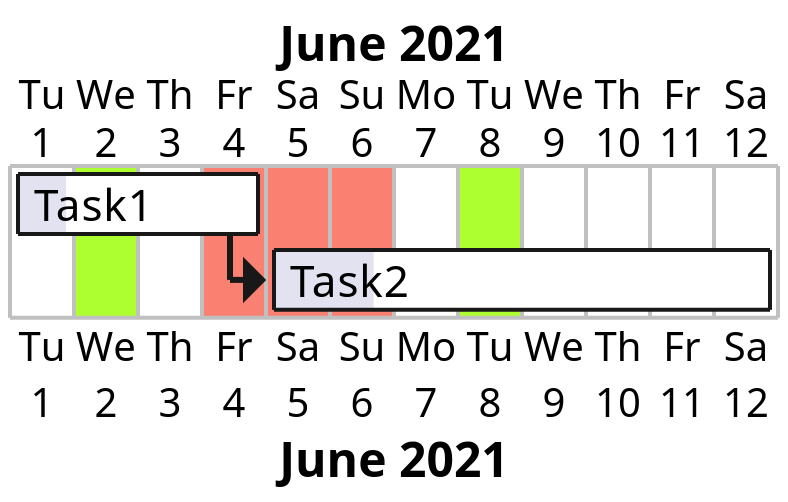
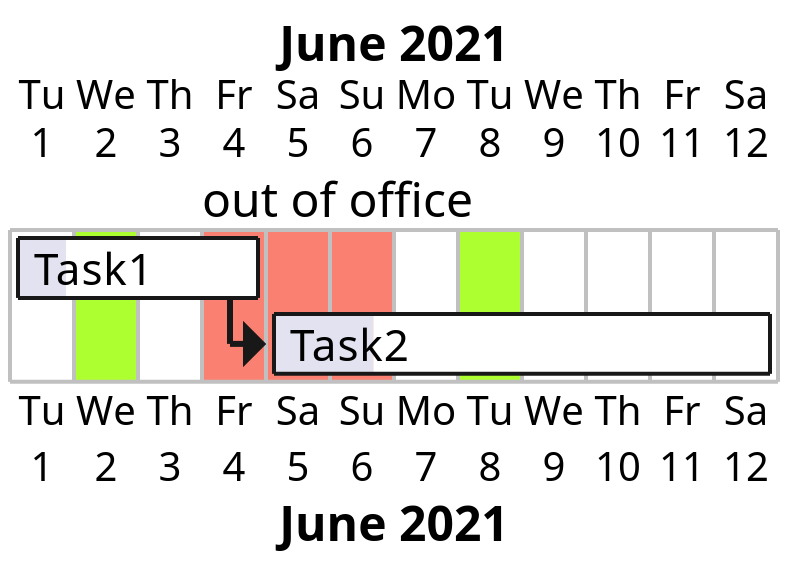
Before and after one commit to redstarssystems/gantt: the diagram in test/data/results/05-colored-named-days.adoc, drawn with PlantUML. The commit also changed 4 other files, not shown here.

```diff
--- a/test/data/results/05-colored-named-days.adoc
+++ b/test/data/results/05-colored-named-days.adoc
@@ -1,24 +1,25 @@
 [plantuml, format=png]
 ----
 @startgantt
 
 Project starts 2021-06-01
 
 scale 1200*900
 
 projectscale daily
 
 2021-06-04 to 2021-06-06 are colored in salmon
+2021-06-04 to 2021-06-06 are named [out of office]
 2021-06-02 is colored in GreenYellow/Green
 2021-06-08 is colored in GreenYellow/Green
 
 [Task1] as [t1] lasts 4 days and starts 2021-06-01
 [Task2] as [t2] lasts 8 days and starts at [t1]'s end
 
 [t1] is 20% completed
 [t2] is 20% completed
 
 
 
 @endgantt
 ----
```
